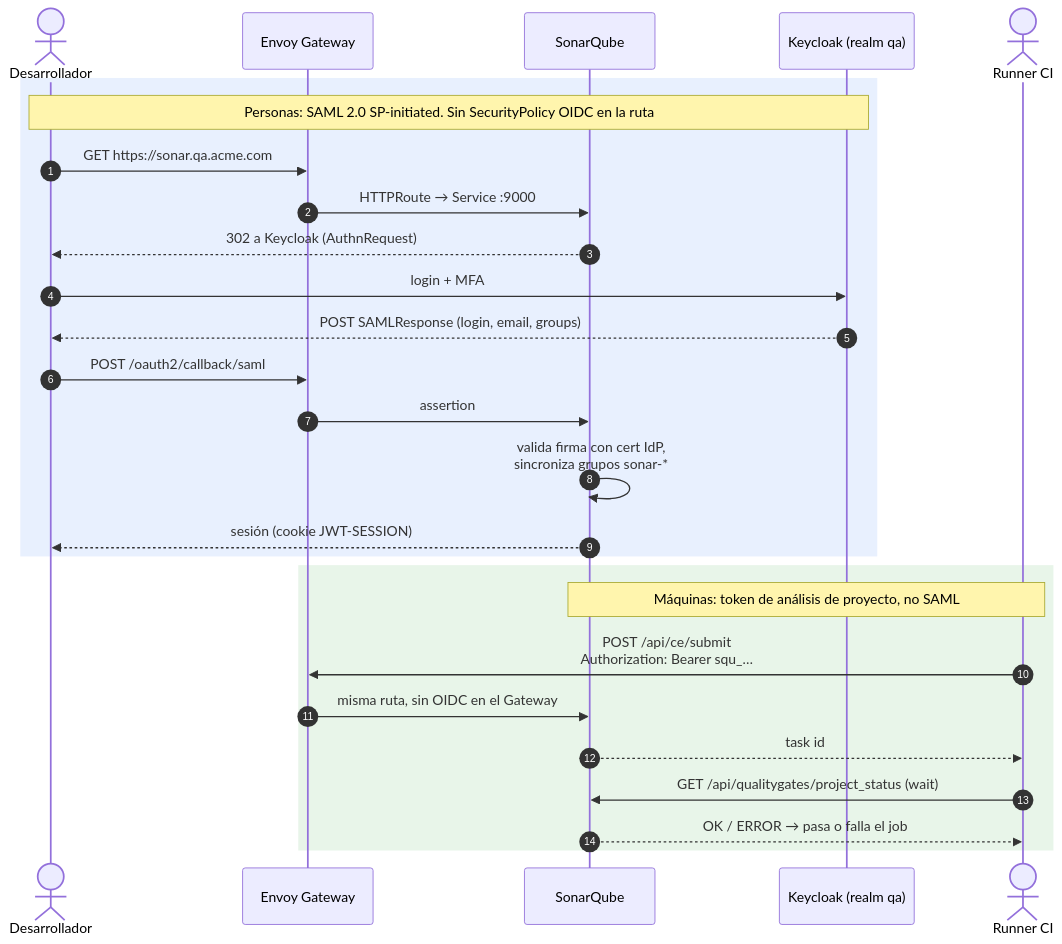
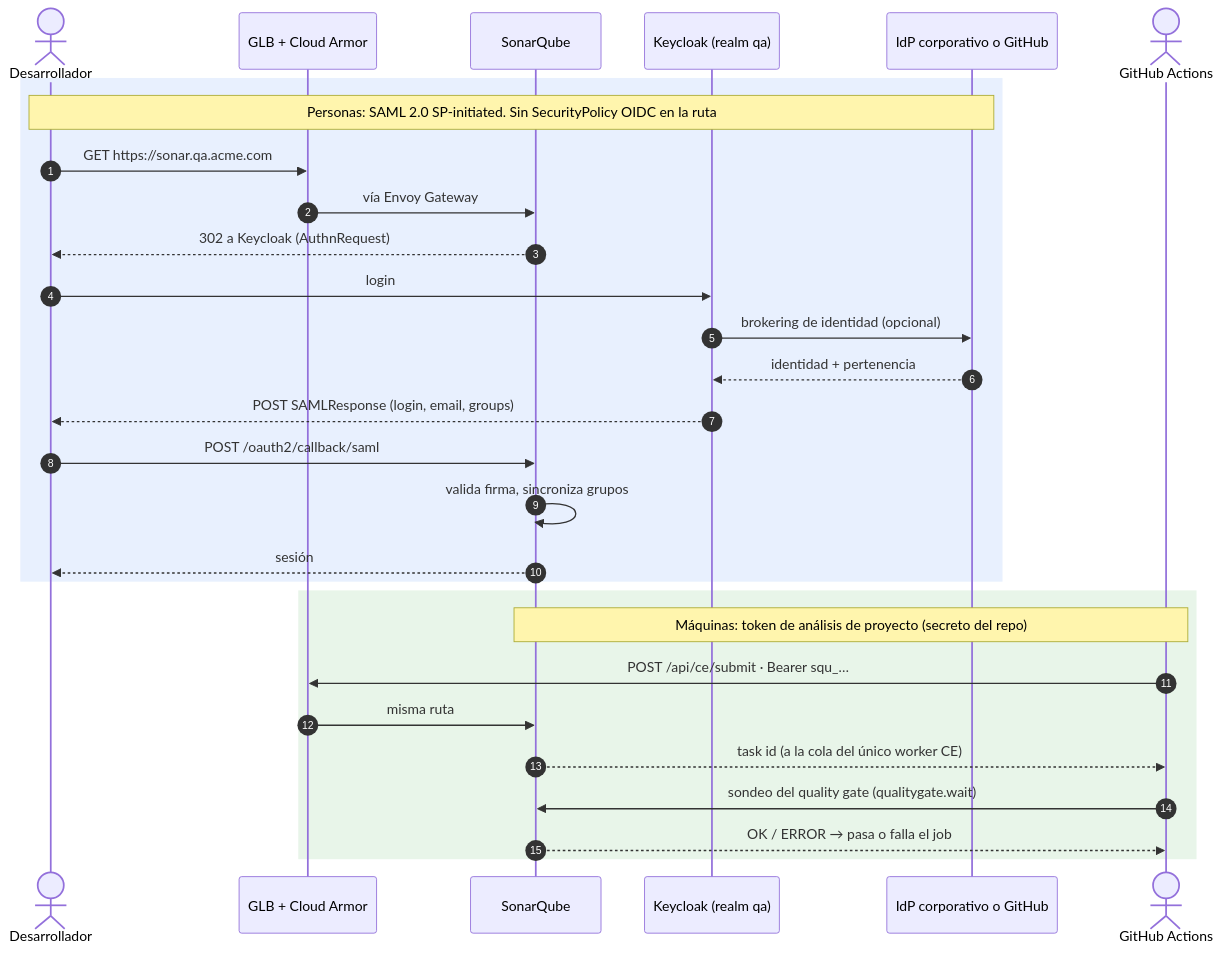
The diagram in docs/proposals/sonarqube-qa/diagrams/05-autenticacion.mmd (aescanero/proposal_documents), drawn with Mermaid before and after one commit. The commit also changed 16 other files, not shown here.

First line of the commit message:
SonarQube qa proposal: apply confirmed context (GCP, GitHub, new env, 200 projects)

```diff
--- a/docs/proposals/sonarqube-qa/diagrams/05-autenticacion.mmd
+++ b/docs/proposals/sonarqube-qa/diagrams/05-autenticacion.mmd
@@ -1,29 +1,31 @@
 sequenceDiagram
     autonumber
     actor U as Desarrollador
-    participant GW as Envoy Gateway
+    participant LB as GLB + Cloud Armor
     participant SQ as SonarQube
     participant KC as Keycloak (realm qa)
-    actor CI as Runner CI
+    participant UP as IdP corporativo o GitHub
+    actor CI as GitHub Actions
 
     rect rgb(232, 240, 254)
-    Note over U,KC: Personas: SAML 2.0 SP-initiated. Sin SecurityPolicy OIDC en la ruta
-    U->>GW: GET https://sonar.qa.acme.com
-    GW->>SQ: HTTPRoute → Service :9000
+    Note over U,UP: Personas: SAML 2.0 SP-initiated. Sin SecurityPolicy OIDC en la ruta
+    U->>LB: GET https://sonar.qa.acme.com
+    LB->>SQ: vía Envoy Gateway
     SQ-->>U: 302 a Keycloak (AuthnRequest)
-    U->>KC: login + MFA
+    U->>KC: login
+    KC->>UP: brokering de identidad (opcional)
+    UP-->>KC: identidad + pertenencia
     KC-->>U: POST SAMLResponse (login, email, groups)
-    U->>GW: POST /oauth2/callback/saml
-    GW->>SQ: assertion
-    SQ->>SQ: valida firma con cert IdP,<br/>sincroniza grupos sonar-*
-    SQ-->>U: sesión (cookie JWT-SESSION)
+    U->>SQ: POST /oauth2/callback/saml
+    SQ->>SQ: valida firma, sincroniza grupos
+    SQ-->>U: sesión
     end
 
     rect rgb(232, 245, 233)
-    Note over CI,SQ: Máquinas: token de análisis de proyecto, no SAML
-    CI->>GW: POST /api/ce/submit<br/>Authorization: Bearer squ_…
-    GW->>SQ: misma ruta, sin OIDC en el Gateway
-    SQ-->>CI: task id
-    CI->>SQ: GET /api/qualitygates/project_status (wait)
+    Note over CI,SQ: Máquinas: token de análisis de proyecto (secreto del repo)
+    CI->>LB: POST /api/ce/submit · Bearer squ_…
+    LB->>SQ: misma ruta
+    SQ-->>CI: task id (a la cola del único worker CE)
+    CI->>SQ: sondeo del quality gate (qualitygate.wait)
     SQ-->>CI: OK / ERROR → pasa o falla el job
     end
```
